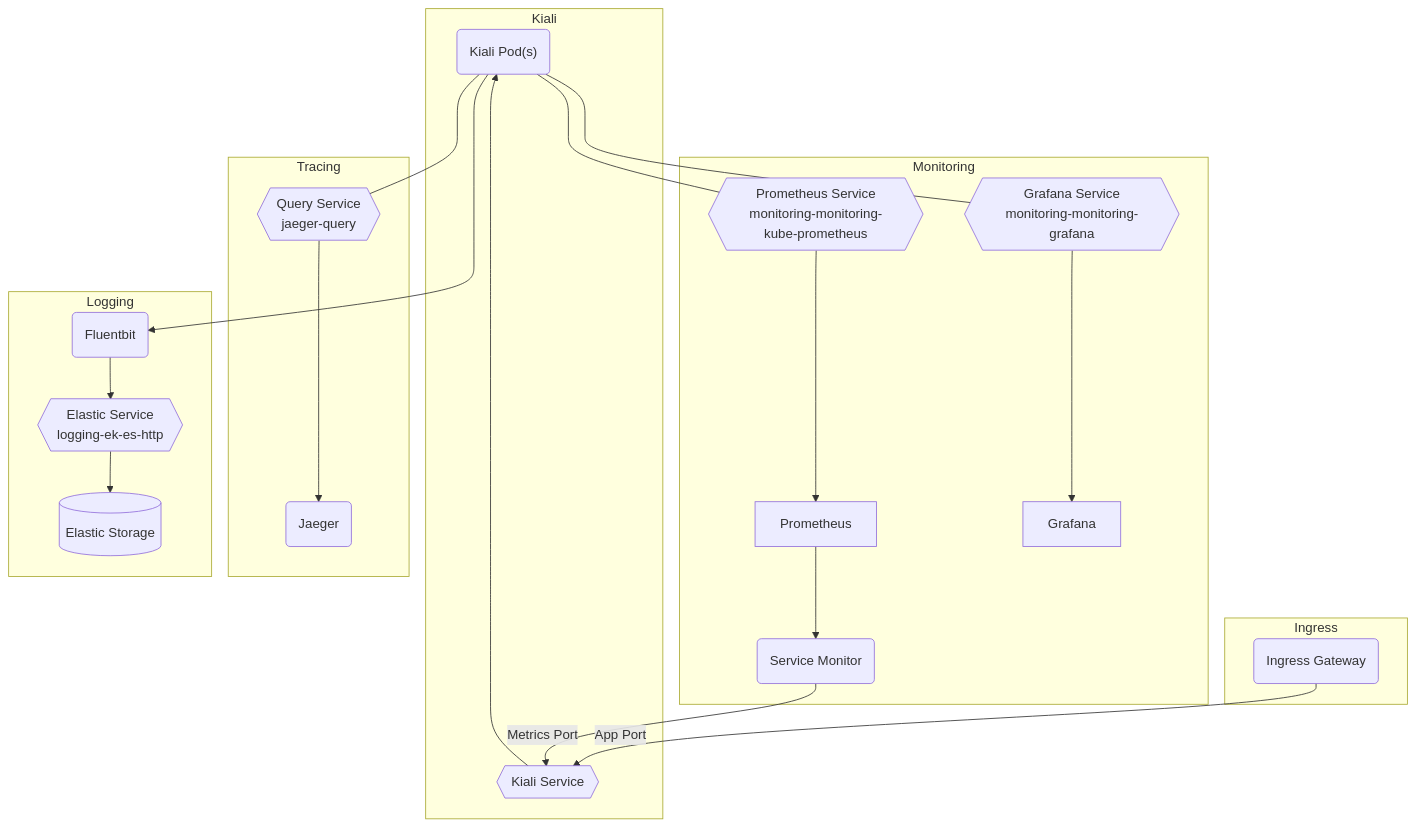
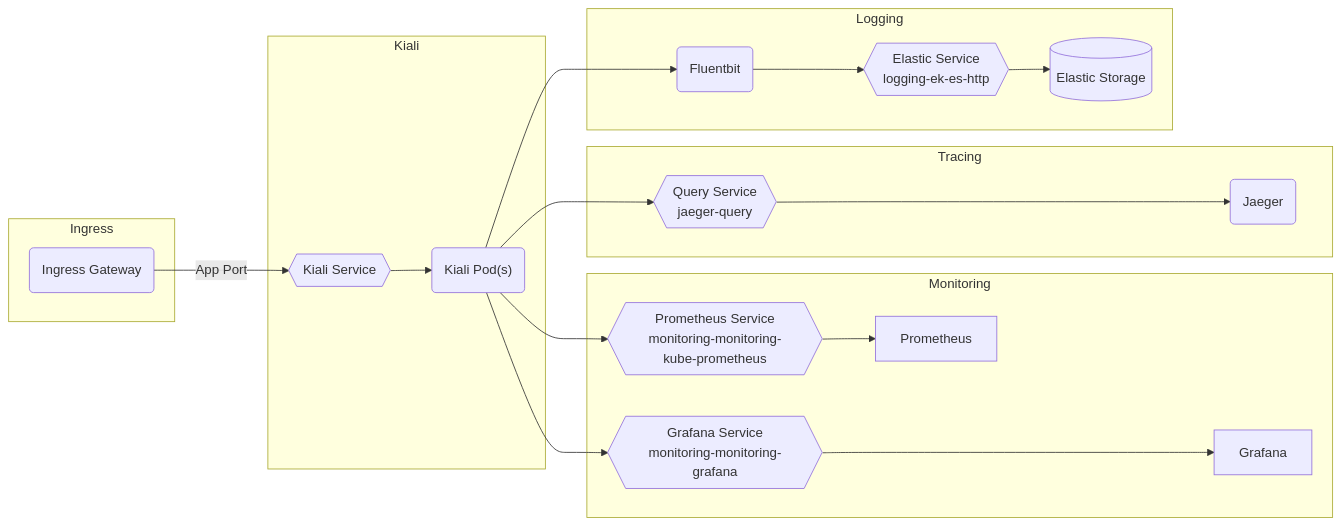
The diagram in charter/packages/kiali/Architecture.md (rjferguson21/big-bang), drawn with Mermaid before and after one commit. The commit also changed other lines of this file, not shown here.

Commit message:
mermaid better

````diff
--- a/charter/packages/kiali/Architecture.md
+++ b/charter/packages/kiali/Architecture.md
@@ -11,27 +11,25 @@
 ```mermaid
-graph TB
+graph LR
   subgraph "Kiali"
     Kialipods("Kiali Pod(s)")
     kialiservice{{Kiali Service}} --> Kialipods("Kiali Pod(s)")
   end      
 
   subgraph "Ingress"
     ig(Ingress Gateway) --"App Port"--> kialiservice
   end
 
   subgraph "Monitoring"
-    Kialipods("Kiali Pod(s)") ---- prometheusservice{{Prometheus Service<br />monitoring-monitoring-kube-prometheus}} ----> Prometheus
-    svcmonitor("Service Monitor") --"Metrics Port"--> kialiservice
-    Prometheus --> svcmonitor("Service Monitor")
-    Kialipods("Kiali Pod(s)") ---- grafanaservice{{Grafana Service<br />monitoring-monitoring-grafana}} ----> Grafana  
+    Kialipods("Kiali Pod(s)") --> prometheusservice{{Prometheus Service<br />monitoring-monitoring-kube-prometheus}} --> Prometheus
+    Kialipods("Kiali Pod(s)") --> grafanaservice{{Grafana Service<br />monitoring-monitoring-grafana}} ----> Grafana  
   end
 
   subgraph "Tracing"
-    Kialipods("Kiali Pod(s)") ---- queryservice{{Query Service<br />jaeger-query}} ----> jaeger(Jaeger)
+    Kialipods("Kiali Pod(s)") --> queryservice{{Query Service<br />jaeger-query}} ----> jaeger(Jaeger)
   end
 
   subgraph "Logging"
-    Kialipods("Kiali Pod(s)") ----> fluent(Fluentbit) --> logging-ek-es-http
+    Kialipods("Kiali Pod(s)") --> fluent(Fluentbit) --> logging-ek-es-http
     logging-ek-es-http{{Elastic Service<br />logging-ek-es-http}} --> elastic[(Elastic Storage)]
   end
 ```
````
